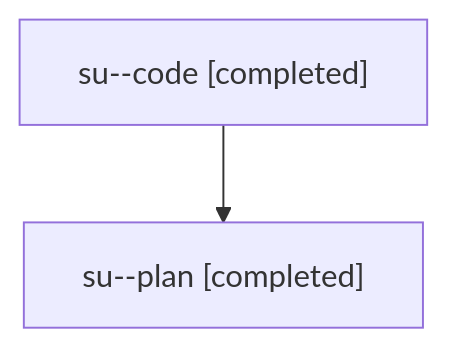
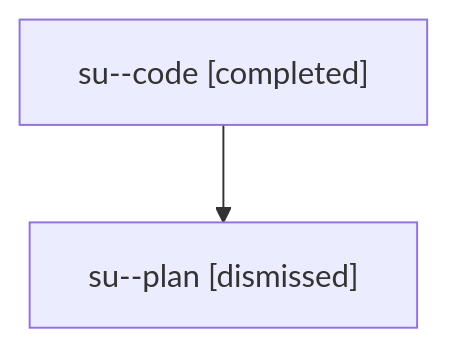
The diagram in families/bbugyi200.athena.su.md (sase-org/sase--agents), drawn with Mermaid before and after one commit. The commit also changed other lines of this file and 5813 other files, not shown here.

````diff
--- a/families/bbugyi200.athena.su.md
+++ b/families/bbugyi200.athena.su.md
@@ -9,6 +9,6 @@
 ```mermaid
 flowchart TD
   n0["su--code [completed]"]
-  n1["su--plan [completed]"]
+  n1["su--plan [dismissed]"]
   n0 --> n1
 ```
````
